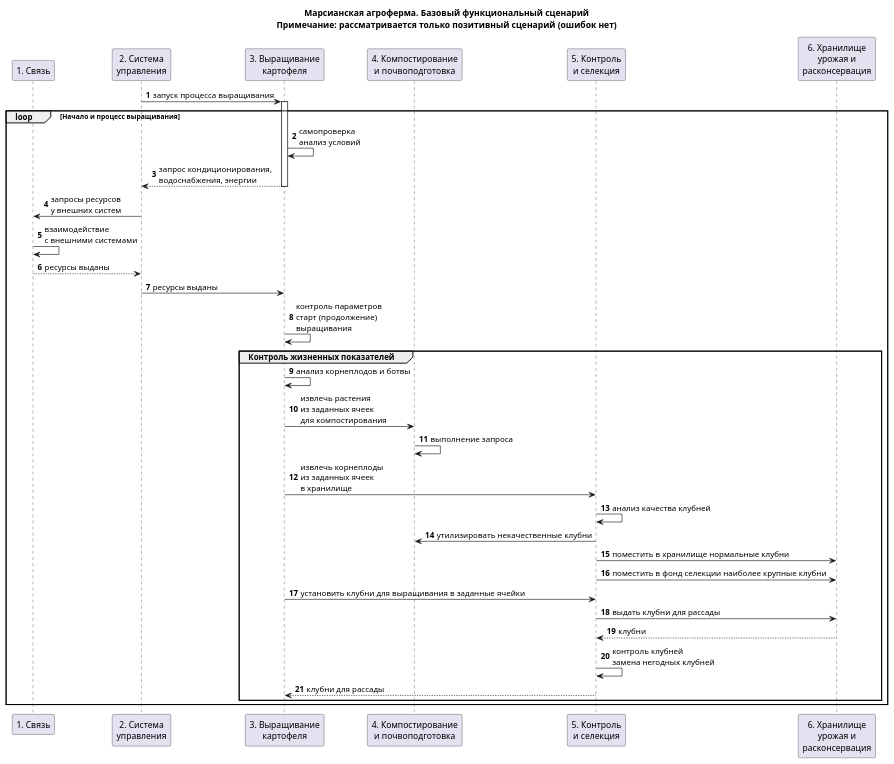
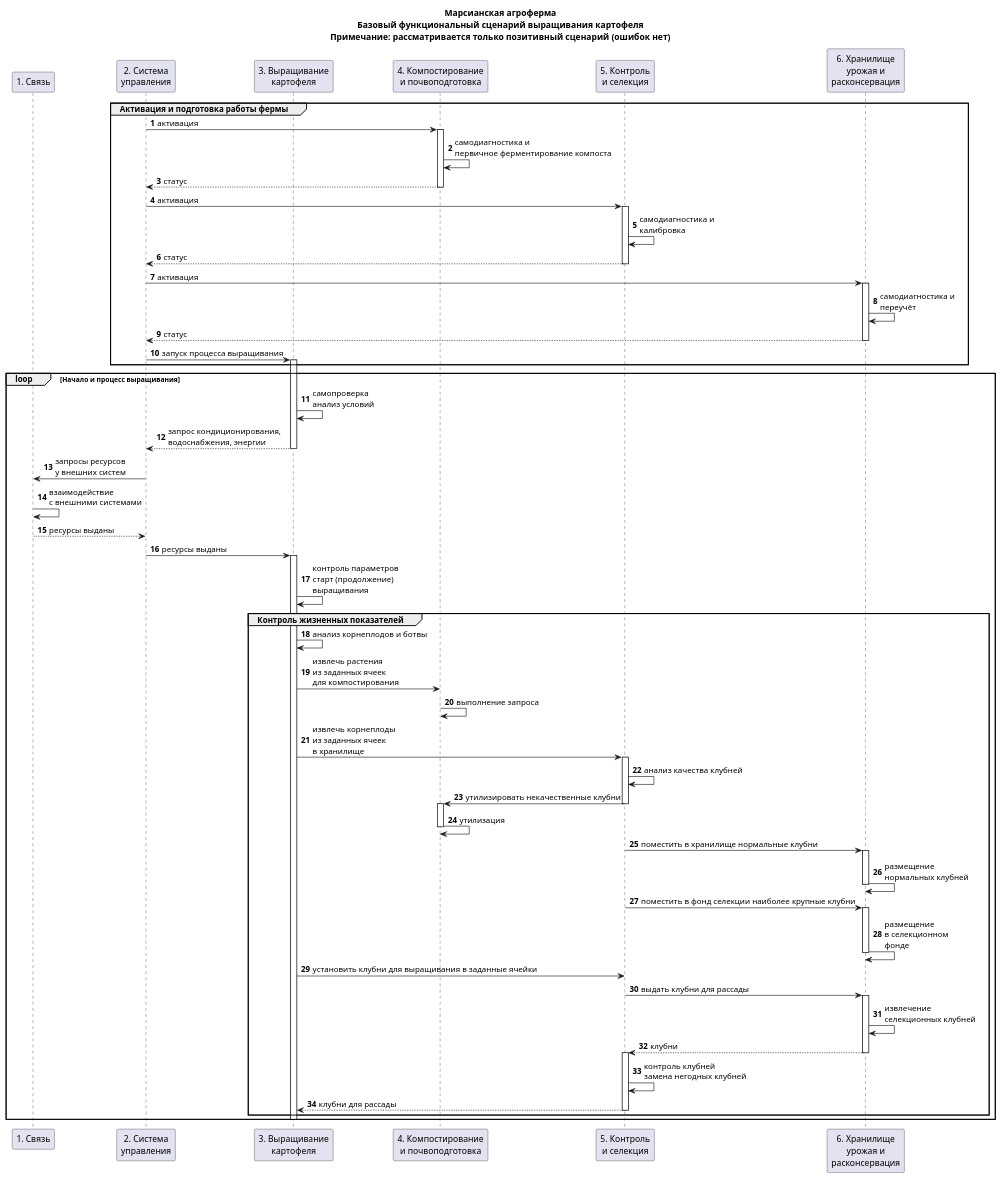
Before and after one commit to sergey-sobolev/case-studies-for-freelancers: the first of 2 diagrams in Martian agricultural farm/diagrams.puml, drawn with PlantUML. The commit also changed other lines of this file and 2 other files, not shown here.

```diff
--- a/Martian agricultural farm/diagrams.puml
+++ b/Martian agricultural farm/diagrams.puml
@@ -1,43 +1,62 @@
 @startuml "Марсианская агроферма. Базовый функциональный сценарий"
 
-title "Марсианская агроферма. Базовый функциональный сценарий\nПримечание: рассматривается только позитивный сценарий (ошибок нет)"
+title "Марсианская агроферма\nБазовый функциональный сценарий выращивания картофеля\nПримечание: рассматривается только позитивный сценарий (ошибок нет)"
 
 autonumber
 
 participant "1. Связь" as conn
 participant "2. Система\nуправления" as control 
 participant "3. Выращивание\nкартофеля" as cultivation
 participant "4. Компостирование\nи почвоподготовка" as  composting
 participant "5. Контроль\nи селекция" as qa 
 participant "6. Хранилище\nурожая и\nрасконсервация" as storage
 
+group Активация и подготовка работы фермы
+control -> composting++: активация
+composting -> composting: самодиагностика и\nпервичное ферментирование компоста
+composting --> control--: статус
+control -> qa++: активация
+qa -> qa: самодиагностика и\nкалибровка
+qa --> control--: статус
+control -> storage++: активация
+storage -> storage: самодиагностика и\nпереучёт
+storage --> control--: статус
 control -> cultivation++: запуск процесса выращивания 
+end
 
 loop Начало и процесс выращивания 
     cultivation -> cultivation: самопроверка\nанализ условий
     cultivation --> control--: запрос кондиционирования,\nводоснабжения, энергии
     control -> conn: запросы ресурсов\nу внешних систем
     conn -> conn: взаимодействие\nс внешними системами
     conn --> control: ресурсы выданы
-    control -> cultivation: ресурсы выданы
+    control -> cultivation++: ресурсы выданы
     cultivation -> cultivation: контроль параметров\nстарт (продолжение)\nвыращивания
 
     group Контроль жизненных показателей
        cultivation -> cultivation: анализ корнеплодов и ботвы
        cultivation -> composting: извлечь растения\nиз заданных ячеек\nдля компостирования
        composting -> composting: выполнение запроса
-       cultivation -> qa: извлечь корнеплоды\nиз заданных ячеек\nв хранилище
+       cultivation -> qa++: извлечь корнеплоды\nиз заданных ячеек\nв хранилище
        qa -> qa: анализ качества клубней
-       qa -> composting: утилизировать некачественные клубни
-       qa -> storage: поместить в хранилище нормальные клубни
-       qa -> storage: поместить в фонд селекции наиболее крупные клубни
+       qa -> composting--: утилизировать некачественные клубни
+       activate composting
+       composting -> composting: утилизация        
+       deactivate composting
+       qa -> storage++: поместить в хранилище нормальные клубни
+       storage -> storage--: размещение\nнормальных клубней
+       qa -> storage++: поместить в фонд селекции наиболее крупные клубни
+       storage -> storage--: размещение\nв селекционном\nфонде
        cultivation -> qa: установить клубни для выращивания в заданные ячейки
-       qa -> storage: выдать клубни для рассады
-       storage --> qa: клубни
+       qa -> storage++: выдать клубни для рассады
+       storage -> storage: извлечение\nселекционных клубней
+       storage --> qa--: клубни
+       activate qa
        qa -> qa: контроль клубней\nзамена негодных клубней
-       qa --> cultivation: клубни для рассады
+       qa --> cultivation--: клубни для рассады
     end
+    deactivate cultivation
 end 
 
 
 @enduml
```
